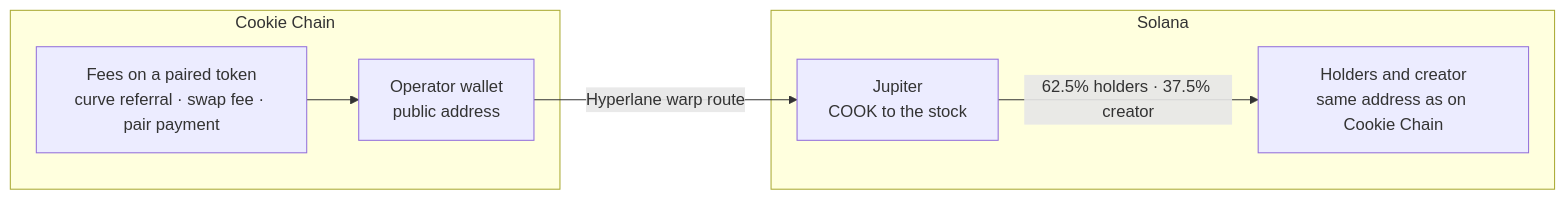
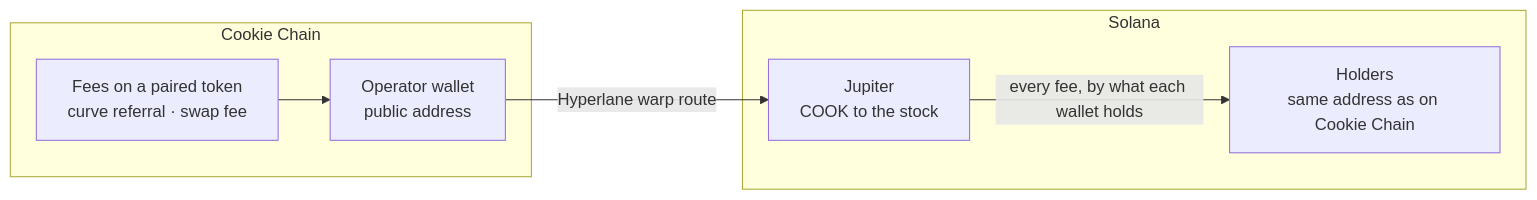
The diagram in README.md (Vicape7/coorwa), drawn with Mermaid before and after one commit. The commit also changed other lines of this file and 41 other files, not shown here.

````diff
--- a/README.md
+++ b/README.md
@@ -192,14 +181,14 @@
 ```mermaid
 flowchart LR
   subgraph CC["Cookie Chain"]
-    F["Fees on a paired token<br/>curve referral · swap fee · pair payment"]
+    F["Fees on a paired token<br/>curve referral · swap fee"]
     O["Operator wallet<br/>public address"]
   end
   subgraph SOL["Solana"]
     J["Jupiter<br/>COOK to the stock"]
-    H["Holders and creator<br/>same address as on Cookie Chain"]
+    H["Holders<br/>same address as on Cookie Chain"]
   end
   F --> O
   O -- "Hyperlane warp route" --> J
-  J -- "62.5% holders · 37.5% creator" --> H
+  J -- "every fee, by what each wallet holds" --> H
 ```
````
